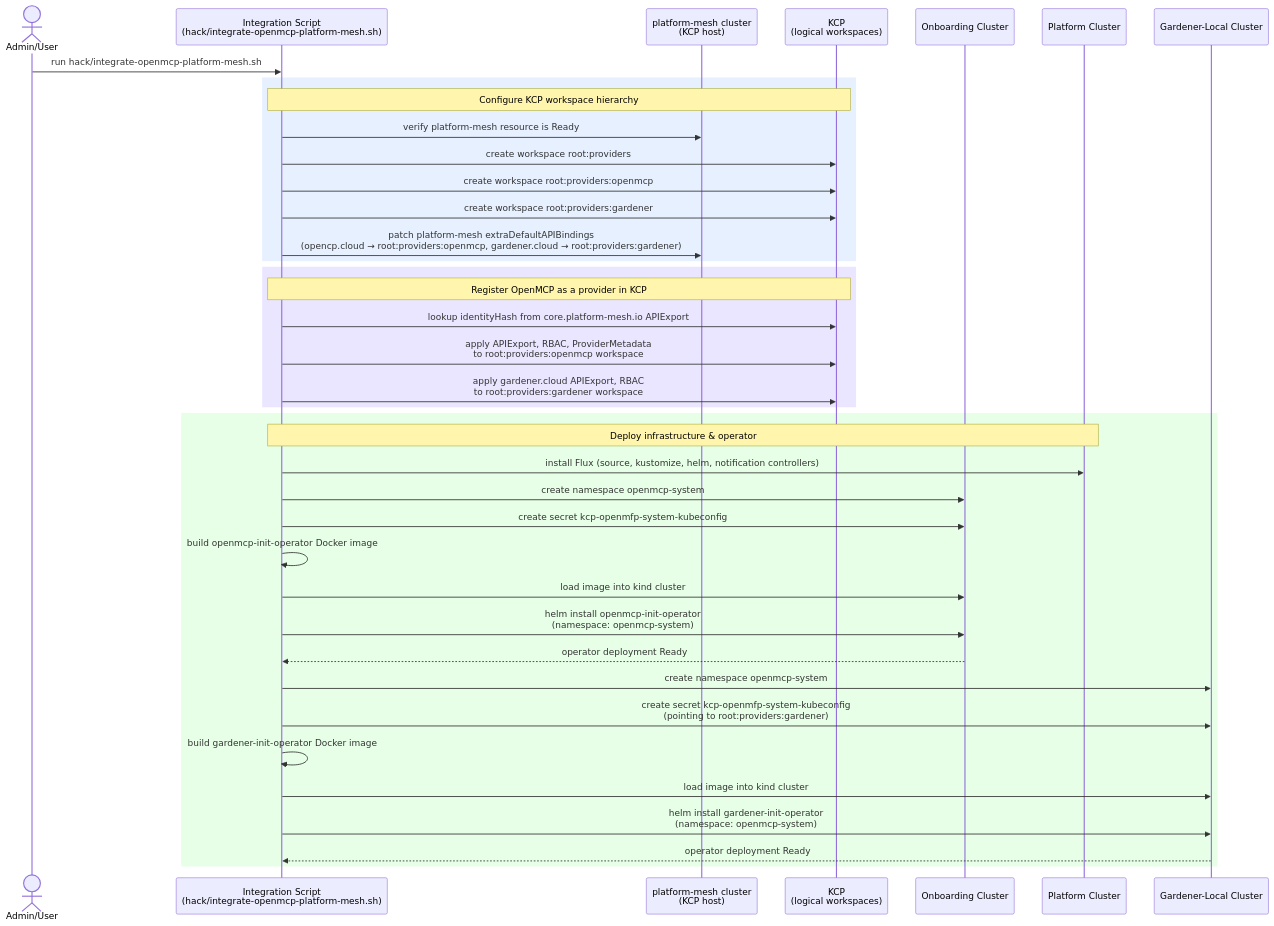
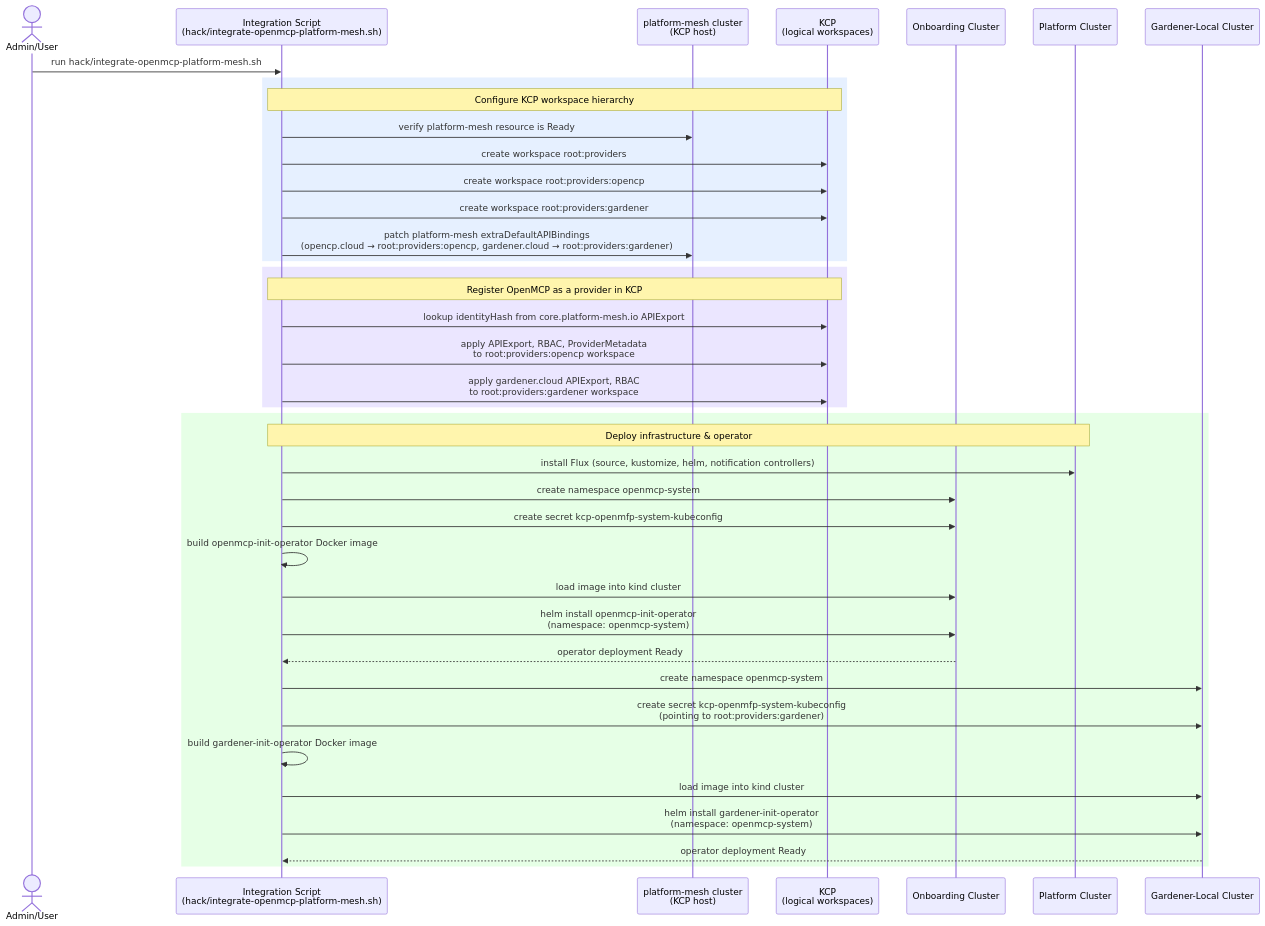
The first of 4 diagrams in README.md (openmcp-project/local-event-showcase), drawn with Mermaid before and after one commit.

Commit message:
fix: rename root:providers:openmcp → root:providers:opencp in diagrams
On-behalf-of: @SAP <bastian.echterhoelter@sap.com>

````diff
--- a/README.md
+++ b/README.md
@@ -119,48 +119,48 @@
 ```mermaid
 sequenceDiagram
     actor Admin as Admin/User
     participant Script as Integration Script<br/>(hack/integrate-openmcp-platform-mesh.sh)
     participant PlatformMesh as platform-mesh cluster<br/>(KCP host)
     participant KCP as KCP<br/>(logical workspaces)
     participant Onboarding as Onboarding Cluster
     participant Platform as Platform Cluster
     participant GardenerLocal as Gardener-Local Cluster
 
     Admin->>Script: run hack/integrate-openmcp-platform-mesh.sh
 
     rect rgb(230, 240, 255)
         Note over Script,KCP: Configure KCP workspace hierarchy
 
         Script->>PlatformMesh: verify platform-mesh resource is Ready
         Script->>KCP: create workspace root:providers
-        Script->>KCP: create workspace root:providers:openmcp
+        Script->>KCP: create workspace root:providers:opencp
         Script->>KCP: create workspace root:providers:gardener
-        Script->>PlatformMesh: patch platform-mesh extraDefaultAPIBindings<br/>(opencp.cloud → root:providers:openmcp, gardener.cloud → root:providers:gardener)
+        Script->>PlatformMesh: patch platform-mesh extraDefaultAPIBindings<br/>(opencp.cloud → root:providers:opencp, gardener.cloud → root:providers:gardener)
     end
 
     rect rgb(235, 230, 255)
         Note over Script,KCP: Register OpenMCP as a provider in KCP
 
         Script->>KCP: lookup identityHash from core.platform-mesh.io APIExport
-        Script->>KCP: apply APIExport, RBAC, ProviderMetadata<br/>to root:providers:openmcp workspace
+        Script->>KCP: apply APIExport, RBAC, ProviderMetadata<br/>to root:providers:opencp workspace
         Script->>KCP: apply gardener.cloud APIExport, RBAC<br/>to root:providers:gardener workspace
     end
 
     rect rgb(230, 255, 230)
         Note over Script,Platform: Deploy infrastructure & operator
 
         Script->>Platform: install Flux (source, kustomize, helm, notification controllers)
         Script->>Onboarding: create namespace openmcp-system
         Script->>Onboarding: create secret kcp-openmfp-system-kubeconfig
         Script->>Script: build openmcp-init-operator Docker image
         Script->>Onboarding: load image into kind cluster
         Script->>Onboarding: helm install openmcp-init-operator<br/>(namespace: openmcp-system)
         Onboarding-->>Script: operator deployment Ready
         Script->>GardenerLocal: create namespace openmcp-system
         Script->>GardenerLocal: create secret kcp-openmfp-system-kubeconfig<br/>(pointing to root:providers:gardener)
         Script->>Script: build gardener-init-operator Docker image
         Script->>GardenerLocal: load image into kind cluster
         Script->>GardenerLocal: helm install gardener-init-operator<br/>(namespace: openmcp-system)
         GardenerLocal-->>Script: operator deployment Ready
     end
 ```
````
